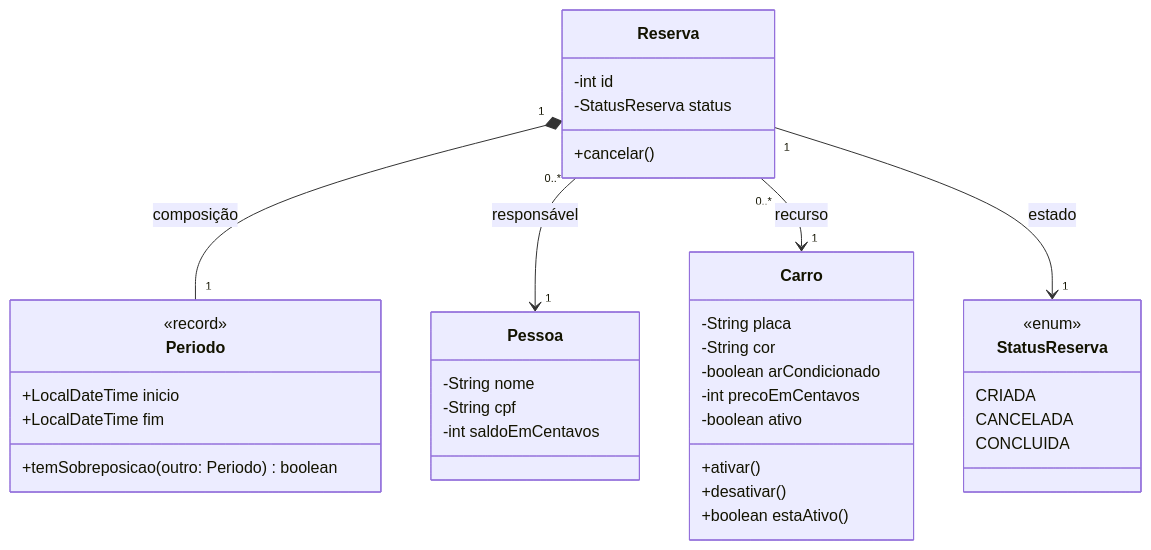
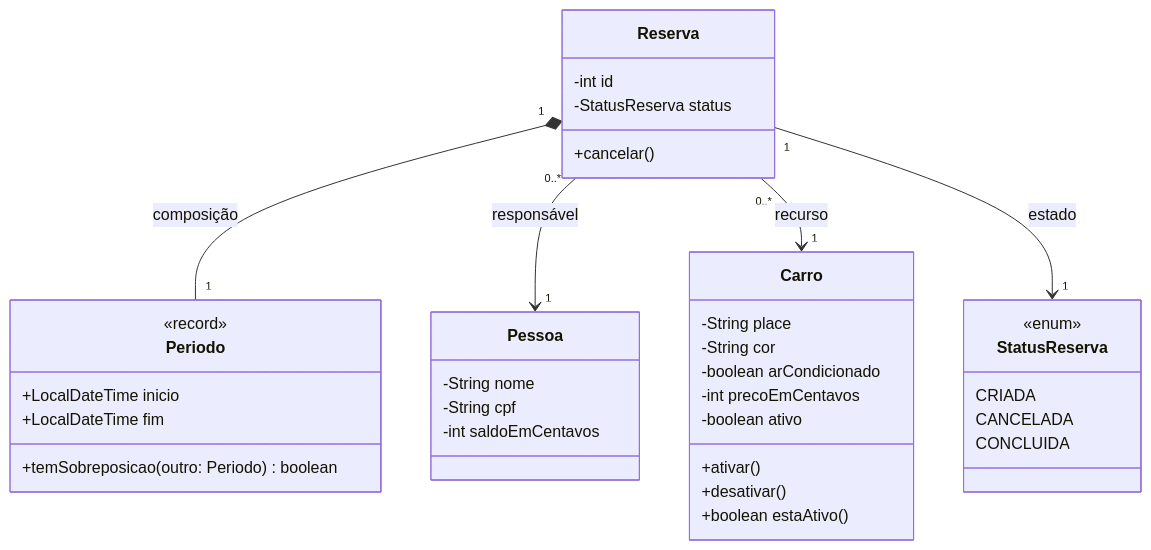
The diagram in docs/README.md (Vinny-26/java-project), drawn with Mermaid before and after one commit. The commit also changed 4 other files, not shown here.

````diff
--- a/docs/README.md
+++ b/docs/README.md
@@ -17,50 +17,50 @@
 ```mermaid
 ---
 config:
   theme: dark
   look: neo
 ---
 classDiagram
     
     class StatusReserva {
       <<enum>>
       CRIADA
       CANCELADA
       CONCLUIDA
     }
     
     class Pessoa {
       -String nome
       -String cpf
       -int saldoEmCentavos
     }
     
     class Carro {
-      -String placa
+      -String place
       -String cor
       -boolean arCondicionado
       -int precoEmCentavos
       -boolean ativo
       +ativar()
       +desativar()
       +boolean estaAtivo()
     }
 
     class Periodo {
         <<record>>
         +LocalDateTime inicio
         +LocalDateTime fim
         +temSobreposicao(outro: Periodo) boolean
     }
 
     class Reserva {
       -int id
       +cancelar()
       -StatusReserva status
     }
     
     Reserva "1" *-- "1" Periodo : composição
     Reserva "0..*" --> "1" Pessoa : responsável
     Reserva "0..*" --> "1" Carro : recurso
     Reserva "1" --> "1" StatusReserva : estado
 ```
````
